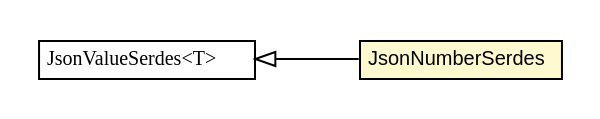
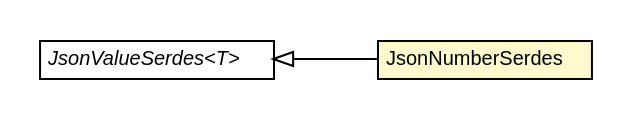
One commit to growbit/turbogwt-core changed the diagram in javadoc/apidocs/org/turbogwt/core/http/client/serialization/JsonNumberSerdes.dot. Above: the diagram before and after it, drawn with Graphviz. The commit also changed 275 other files, not shown here.

```diff
--- a/javadoc/apidocs/org/turbogwt/core/http/client/serialization/JsonNumberSerdes.dot
+++ b/javadoc/apidocs/org/turbogwt/core/http/client/serialization/JsonNumberSerdes.dot
@@ -1,27 +1,27 @@
 #!/usr/local/bin/dot
 #
 # Class diagram 
 # Generated by UMLGraph version R5_6-24-gf6e263 (http://www.umlgraph.org/)
 #
 
 digraph G {
-	edge [fontname="arial",fontsize=10,labelfontname="arial",labelfontsize=10];
-	node [fontname="arial",fontsize=10,shape=plaintext];
+	edge [fontname="Helvetica",fontsize=10,labelfontname="Helvetica",labelfontsize=10];
+	node [fontname="Helvetica",fontsize=10,shape=plaintext];
 	nodesep=0.25;
 	ranksep=0.5;
 	rankdir=LR;
-	// org.turbogwt.core.http.client.serialization.JsonValueSerdes<T>
-	c1728 [label=<<table title="org.turbogwt.core.http.client.serialization.JsonValueSerdes" border="0" cellborder="1" cellspacing="0" cellpadding="2" port="p" href="./JsonValueSerdes.html">
-		<tr><td><table border="0" cellspacing="0" cellpadding="1">
-<tr><td align="center" balign="center"><font face="arial italic"> JsonValueSerdes&lt;T&gt; </font></td></tr>
-		</table></td></tr>
-		</table>>, URL="./JsonValueSerdes.html", fontname="arial", fontcolor="black", fontsize=10.0];
 	// org.turbogwt.core.http.client.serialization.JsonNumberSerdes
-	c1734 [label=<<table title="org.turbogwt.core.http.client.serialization.JsonNumberSerdes" border="0" cellborder="1" cellspacing="0" cellpadding="2" port="p" bgcolor="lemonChiffon" href="./JsonNumberSerdes.html">
+	c2470 [label=<<table title="org.turbogwt.core.http.client.serialization.JsonNumberSerdes" border="0" cellborder="1" cellspacing="0" cellpadding="2" port="p" bgcolor="lemonChiffon" href="./JsonNumberSerdes.html">
 		<tr><td><table border="0" cellspacing="0" cellpadding="1">
 <tr><td align="center" balign="center"> JsonNumberSerdes </td></tr>
 		</table></td></tr>
-		</table>>, URL="./JsonNumberSerdes.html", fontname="arial", fontcolor="black", fontsize=10.0];
+		</table>>, URL="./JsonNumberSerdes.html", fontname="Helvetica", fontcolor="black", fontsize=10.0];
+	// org.turbogwt.core.http.client.serialization.JsonValueSerdes<T>
+	c2480 [label=<<table title="org.turbogwt.core.http.client.serialization.JsonValueSerdes" border="0" cellborder="1" cellspacing="0" cellpadding="2" port="p" href="./JsonValueSerdes.html">
+		<tr><td><table border="0" cellspacing="0" cellpadding="1">
+<tr><td align="center" balign="center"><font face="Helvetica-Oblique"> JsonValueSerdes&lt;T&gt; </font></td></tr>
+		</table></td></tr>
+		</table>>, URL="./JsonValueSerdes.html", fontname="Helvetica", fontcolor="black", fontsize=10.0];
 	//org.turbogwt.core.http.client.serialization.JsonNumberSerdes extends org.turbogwt.core.http.client.serialization.JsonValueSerdes<java.lang.Number>
-	c1728:p -> c1734:p [dir=back,arrowtail=empty];
+	c2480:p -> c2470:p [dir=back,arrowtail=empty];
 }
```
